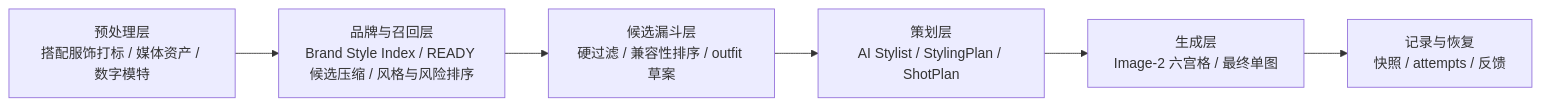
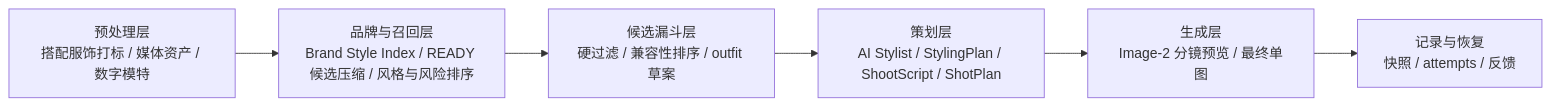
Before and after one commit to happyvchen/ruyi-dream: the diagram in design/01_generation_flow/generation_responsibility_matrix.md, drawn with Mermaid. The commit also changed other lines of this file and 33 other files, not shown here.

Commit message:
Implement shoot script workflow

````diff
--- a/design/01_generation_flow/generation_responsibility_matrix.md
+++ b/design/01_generation_flow/generation_responsibility_matrix.md
@@ -62,8 +64,8 @@
 ```mermaid
 flowchart LR
   A["预处理层<br/>搭配服饰打标 / 媒体资产 / 数字模特"] --> B["品牌与召回层<br/>Brand Style Index / READY 候选压缩 / 风格与风险排序"]
   B --> C["候选漏斗层<br/>硬过滤 / 兼容性排序 / outfit 草案"]
-  C --> D0["策划层<br/>AI Stylist / StylingPlan / ShotPlan"]
-  D0 --> D["生成层<br/>Image-2 六宫格 / 最终单图"]
+  C --> D0["策划层<br/>AI Stylist / StylingPlan / ShootScript / ShotPlan"]
+  D0 --> D["生成层<br/>Image-2 分镜预览 / 最终单图"]
   D --> E["记录与恢复<br/>快照 / attempts / 反馈"]
 ```
````
